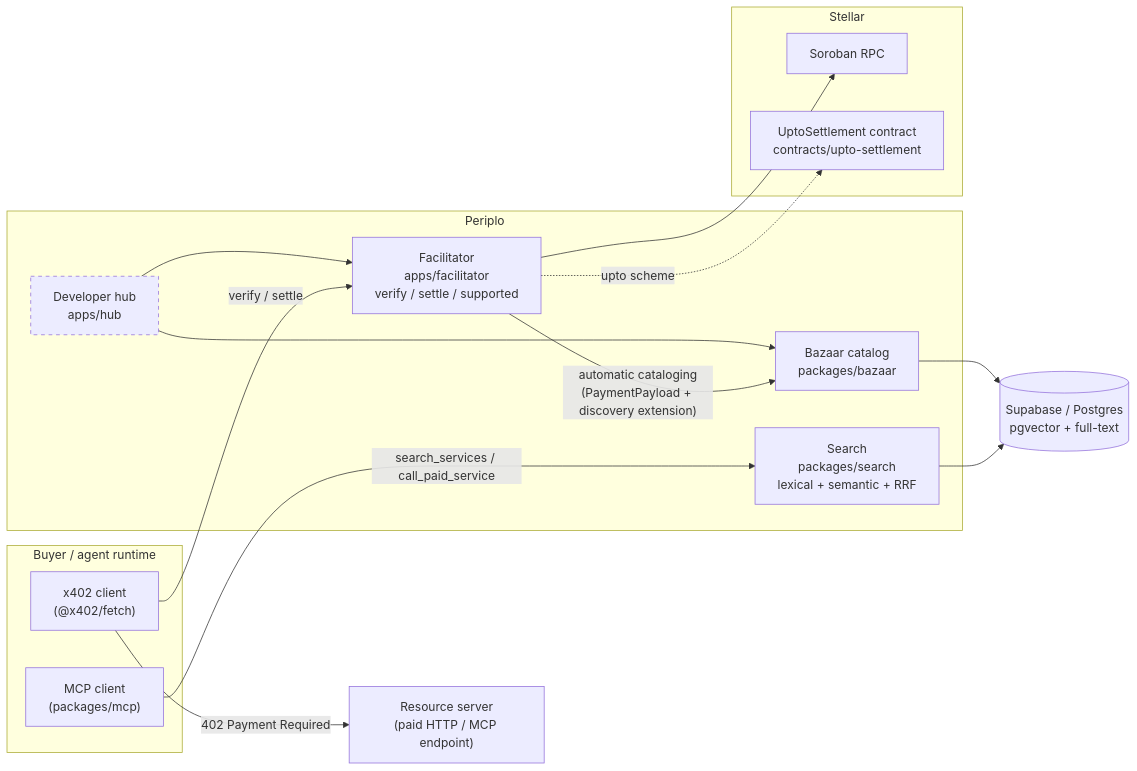
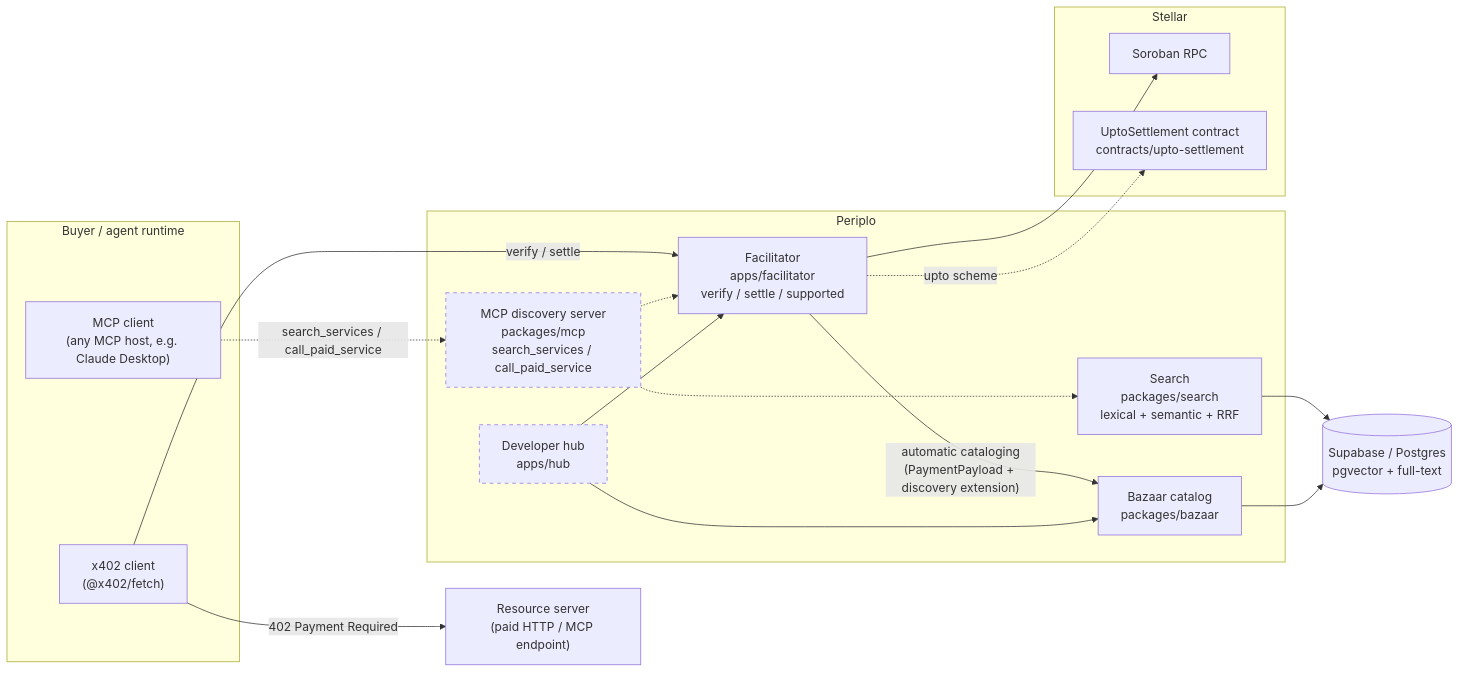
The diagram in README.md (Eras256/Periplo), drawn with Mermaid before and after one commit.

Commit message:
docs(readme): add Phase 7 MCP discovery server to architecture diagram
Was missing entirely. The only MCP-related node was the buyer-side
client, mislabeled with packages/mcp (that path is Phase 7's own
discovery server per docs/SPEC.md and CLAUDE.md, not the buyer's
client), with a solid edge to Search despite packages/mcp not existing
yet. Fixed both: relabeled the buyer's MCP client generically, added a
dashed MCPServer node (same planned convention as Hub) wired to Search
and Facilitator, and made the buyer client's edge into it dashed too.

````diff
--- a/README.md
+++ b/README.md
@@ -174,37 +174,41 @@
 ```mermaid
 flowchart LR
     subgraph Agent["Buyer / agent runtime"]
-        MCP["MCP client\n(packages/mcp)"]
+        MCP["MCP client\n(any MCP host, e.g. Claude Desktop)"]
         Client["x402 client\n(@x402/fetch)"]
     end
 
     subgraph Periplo["Periplo"]
         Facilitator["Facilitator\napps/facilitator\nverify / settle / supported"]
         Bazaar["Bazaar catalog\npackages/bazaar"]
         Search["Search\npackages/search\nlexical + semantic + RRF"]
+        MCPServer["MCP discovery server\npackages/mcp\nsearch_services / call_paid_service"]
         Hub["Developer hub\napps/hub"]
     end
 
     subgraph Stellar["Stellar"]
         RPC["Soroban RPC"]
         Upto["UptoSettlement contract\ncontracts/upto-settlement"]
     end
 
     DB[("Supabase / Postgres\npgvector + full-text")]
 
     Seller["Resource server\n(paid HTTP / MCP endpoint)"]
 
     Client -->|"402 Payment Required"| Seller
     Client -->|verify / settle| Facilitator
-    MCP -->|search_services / call_paid_service| Search
+    MCP -.->|search_services / call_paid_service| MCPServer
+    MCPServer -.-> Search
+    MCPServer -.-> Facilitator
     Search --> DB
     Bazaar --> DB
     Facilitator -->|"automatic cataloging\n(PaymentPayload + discovery extension)"| Bazaar
     Facilitator --> RPC
     Facilitator -.->|upto scheme| Upto
     Hub --> Bazaar
     Hub --> Facilitator
 
     classDef planned stroke-dasharray: 5 5
     class Hub planned
+    class MCPServer planned
 ```
````
